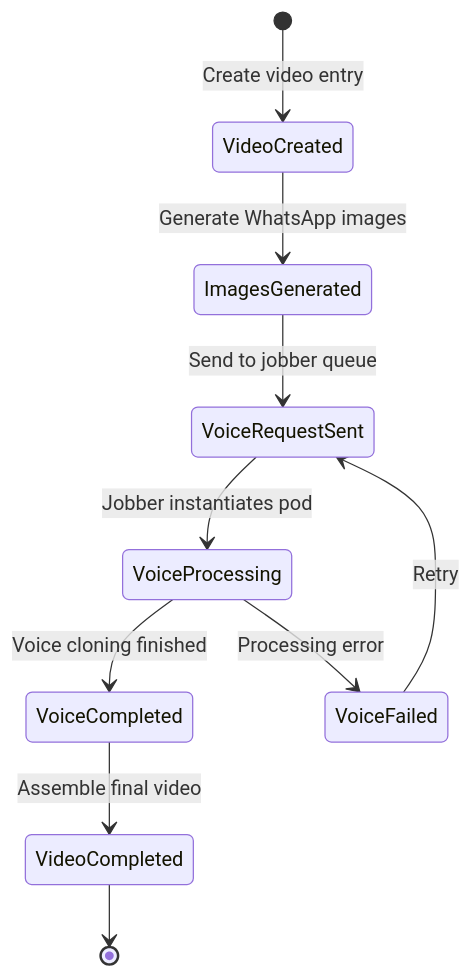
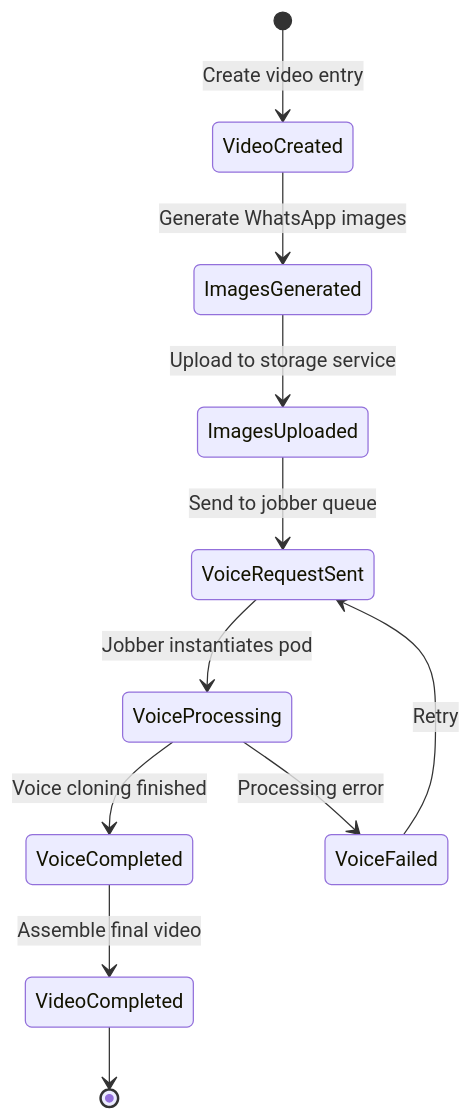
Before and after one commit to ragnarcb/makeMoney: the fifth of 6 diagrams in README.md, drawn with Mermaid. The commit also changed other lines of this file and 4 other files, not shown here.

First line of the commit message:
Enhance README documentation and integrate local storage service

````diff
--- a/README.md
+++ b/README.md
@@ -158,13 +260,14 @@
 ```mermaid
 stateDiagram-v2
     [*] --> VideoCreated: Create video entry
     VideoCreated --> ImagesGenerated: Generate WhatsApp images
-    ImagesGenerated --> VoiceRequestSent: Send to jobber queue
+    ImagesGenerated --> ImagesUploaded: Upload to storage service
+    ImagesUploaded --> VoiceRequestSent: Send to jobber queue
     VoiceRequestSent --> VoiceProcessing: Jobber instantiates pod
     VoiceProcessing --> VoiceCompleted: Voice cloning finished
     VoiceCompleted --> VideoCompleted: Assemble final video
     VideoCompleted --> [*]
     
     VoiceProcessing --> VoiceFailed: Processing error
     VoiceFailed --> VoiceRequestSent: Retry
 ```
````
